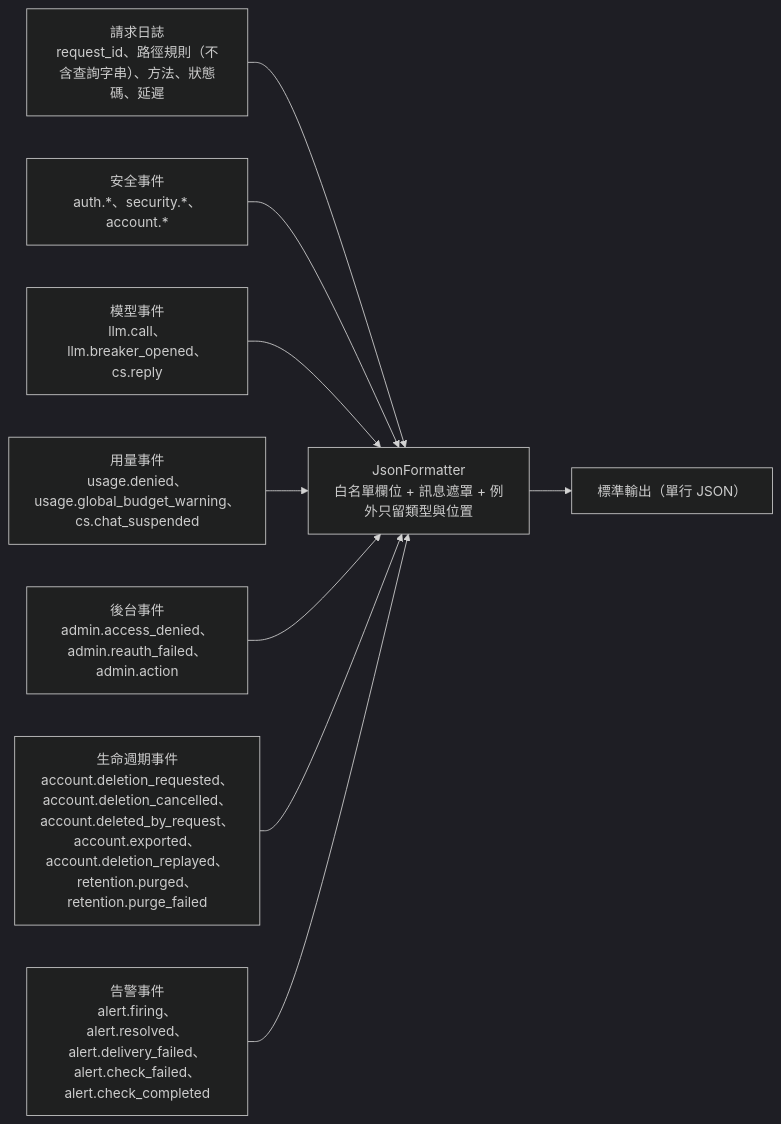
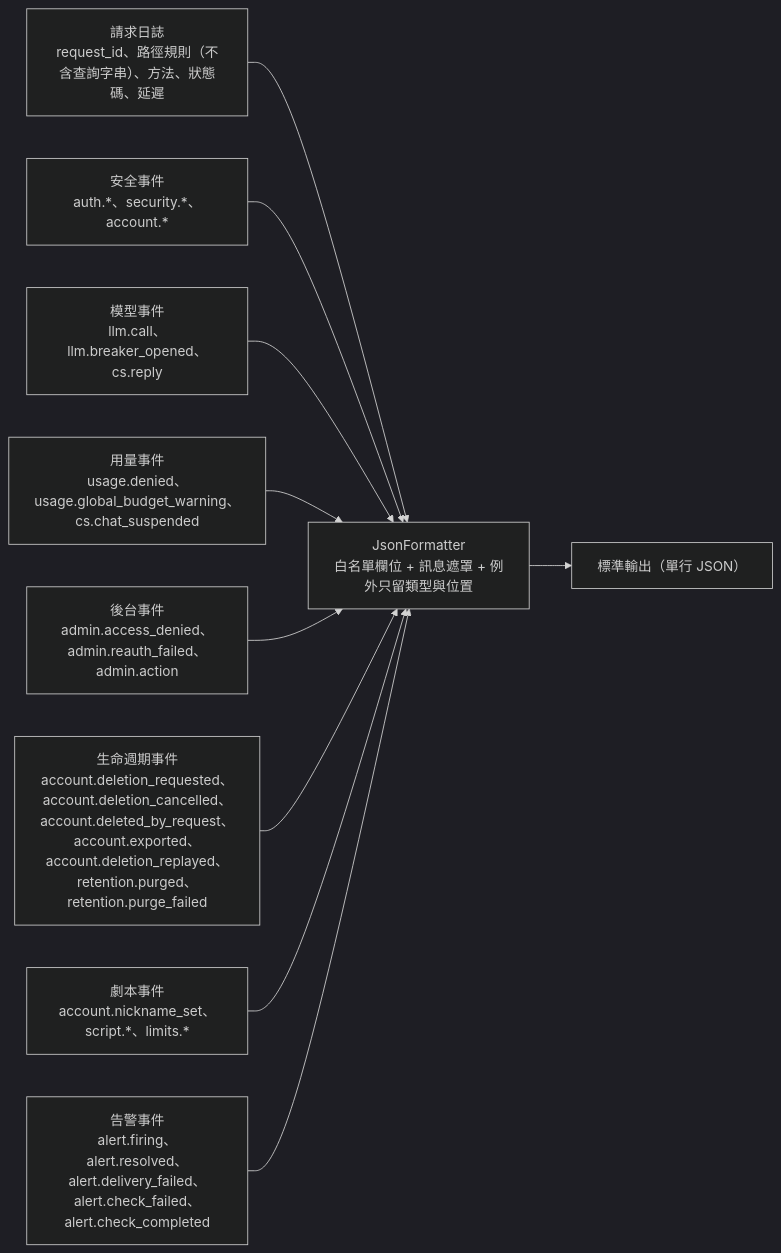
Before and after one commit to pp466pp466/R.A.C: the fifth of 6 diagrams in docs/營運與部署-operations.md, drawn with Mermaid (dark theme). The commit also changed other lines of this file and 135 other files, not shown here.

````diff
--- a/docs/營運與部署-operations.md
+++ b/docs/營運與部署-operations.md
@@ -172,11 +176,12 @@
 ```mermaid
 flowchart LR
     Req["請求日誌<br/>request_id、路徑規則（不含查詢字串）、方法、狀態碼、延遲"] --> Fmt
     Sec["安全事件<br/>auth.*、security.*、account.*"] --> Fmt
     Llm["模型事件<br/>llm.call、llm.breaker_opened、cs.reply"] --> Fmt
     Use["用量事件<br/>usage.denied、usage.global_budget_warning、cs.chat_suspended"] --> Fmt
     Adm["後台事件<br/>admin.access_denied、admin.reauth_failed、admin.action"] --> Fmt
     Lif["生命週期事件<br/>account.deletion_requested、account.deletion_cancelled、account.deleted_by_request、account.exported、account.deletion_replayed、retention.purged、retention.purge_failed"] --> Fmt
+    Scr["劇本事件<br/>account.nickname_set、script.*、limits.*"] --> Fmt
     Alr["告警事件<br/>alert.firing、alert.resolved、alert.delivery_failed、alert.check_failed、alert.check_completed"] --> Fmt
     Fmt["JsonFormatter<br/>白名單欄位 + 訊息遮罩 + 例外只留類型與位置"] --> Out["標準輸出（單行 JSON）"]
 ```
````
